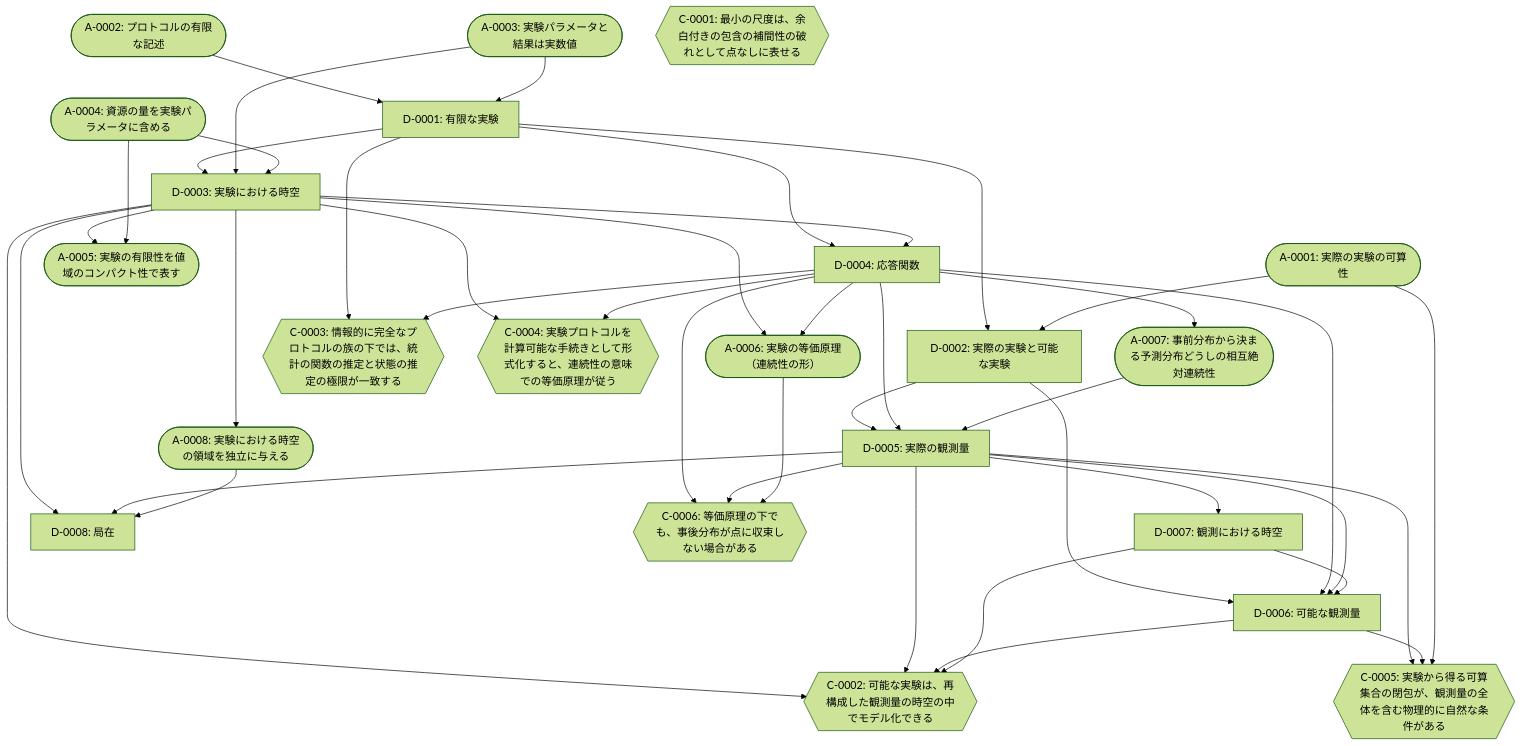
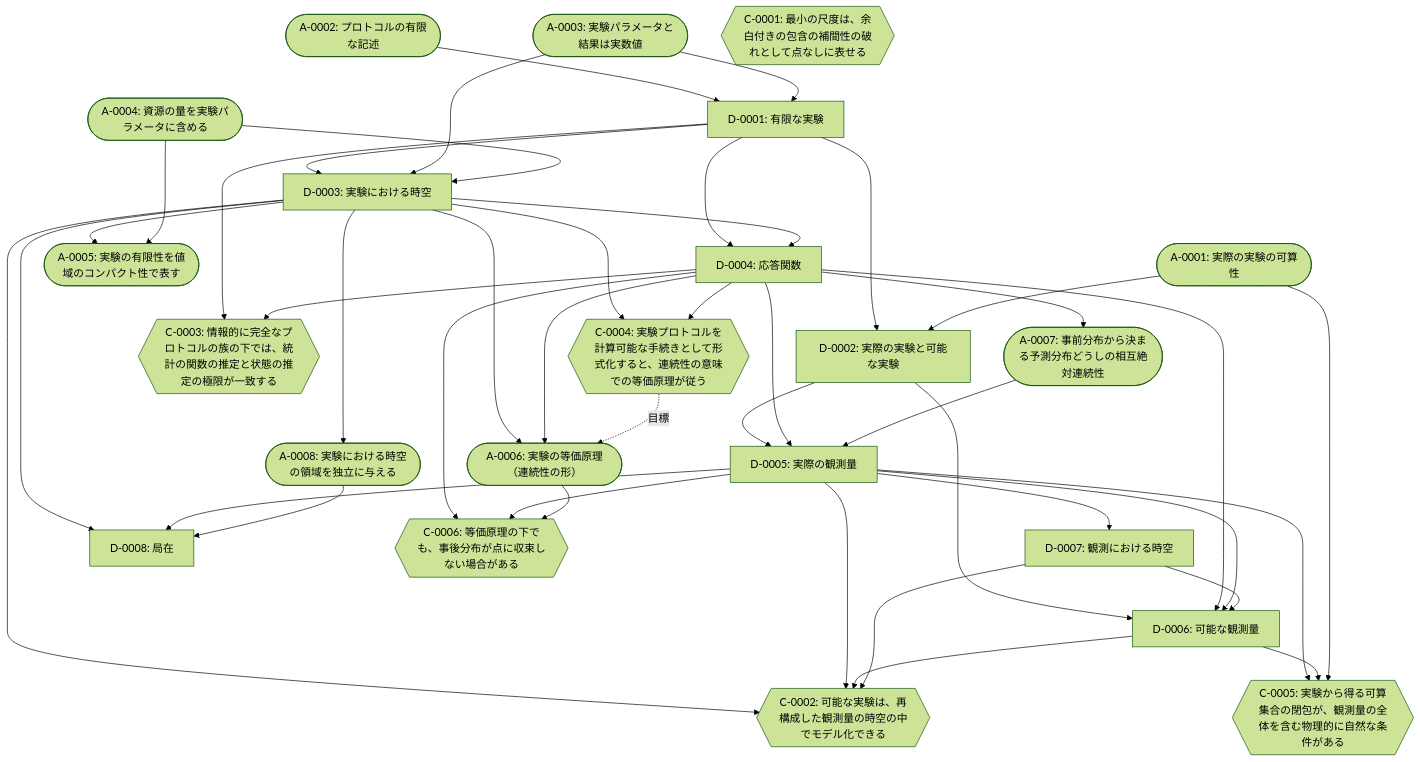
One commit to kittenkiki15/point-free-spacetime changed the diagram in framework.md. Above: the diagram before and after it, drawn with Mermaid (forest theme). The commit also changed other lines of this file and 20 other files, not shown here.

````diff
--- a/framework.md
+++ b/framework.md
@@ -50,65 +50,66 @@
 ```mermaid
 flowchart TD
   D_0001["D-0001: 有限な実験"]
   D_0002["D-0002: 実際の実験と可能な実験"]
   D_0003["D-0003: 実験における時空"]
   D_0004["D-0004: 応答関数"]
   D_0005["D-0005: 実際の観測量"]
   D_0006["D-0006: 可能な観測量"]
   D_0007["D-0007: 観測における時空"]
   D_0008["D-0008: 局在"]
   A_0001(["A-0001: 実際の実験の可算性"])
   A_0002(["A-0002: プロトコルの有限な記述"])
   A_0003(["A-0003: 実験パラメータと結果は実数値"])
   A_0004(["A-0004: 資源の量を実験パラメータに含める"])
   A_0005(["A-0005: 実験の有限性を値域のコンパクト性で表す"])
   A_0006(["A-0006: 実験の等価原理（連続性の形）"])
   A_0007(["A-0007: 事前分布から決まる予測分布どうしの相互絶対連続性"])
   A_0008(["A-0008: 実験における時空の領域を独立に与える"])
   C_0001{{"C-0001: 最小の尺度は、余白付きの包含の補間性の破れとして点なしに表せる"}}
   C_0002{{"C-0002: 可能な実験は、再構成した観測量の時空の中でモデル化できる"}}
   C_0003{{"C-0003: 情報的に完全なプロトコルの族の下では、統計の関数の推定と状態の推定の極限が一致する"}}
   C_0004{{"C-0004: 実験プロトコルを計算可能な手続きとして形式化すると、連続性の意味での等価原理が従う"}}
   C_0005{{"C-0005: 実験から得る可算集合の閉包が、観測量の全体を含む物理的に自然な条件がある"}}
   C_0006{{"C-0006: 等価原理の下でも、事後分布が点に収束しない場合がある"}}
   D_0003 --> A_0005
   A_0004 --> A_0005
   D_0003 --> A_0006
   D_0004 --> A_0006
   D_0004 --> A_0007
   D_0003 --> A_0008
   D_0003 --> C_0002
   D_0005 --> C_0002
   D_0006 --> C_0002
   D_0007 --> C_0002
   D_0001 --> C_0003
   D_0004 --> C_0003
   D_0003 --> C_0004
   D_0004 --> C_0004
   D_0005 --> C_0005
   D_0006 --> C_0005
   A_0001 --> C_0005
   D_0004 --> C_0006
   D_0005 --> C_0006
   A_0006 --> C_0006
   A_0002 --> D_0001
   A_0003 --> D_0001
   D_0001 --> D_0002
   A_0001 --> D_0002
   D_0001 --> D_0003
   A_0003 --> D_0003
   A_0004 --> D_0003
   D_0001 --> D_0004
   D_0003 --> D_0004
   D_0002 --> D_0005
   D_0004 --> D_0005
   A_0007 --> D_0005
   D_0002 --> D_0006
   D_0004 --> D_0006
   D_0005 --> D_0006
   D_0007 --> D_0006
   D_0005 --> D_0007
   D_0003 --> D_0008
   D_0005 --> D_0008
   A_0008 --> D_0008
+  C_0004 -. 目標 .-> A_0006
 ```
````
